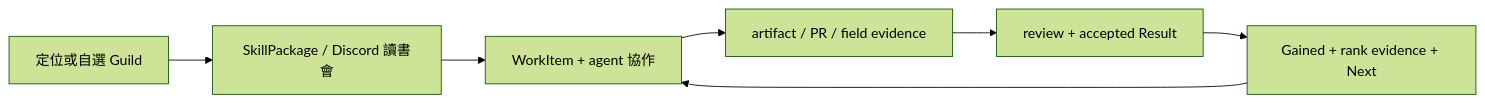
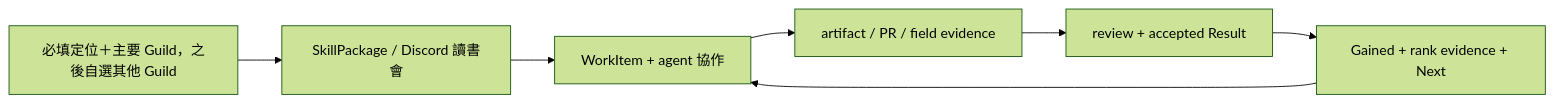
The first of 3 diagrams in docs/platform-plan/01-product-community-model.md (FreeTWAI-AI/freedom-platform), drawn with Mermaid (forest theme) before and after one commit. The commit also changed other lines of this file and 8 other files, not shown here.

````diff
--- a/docs/platform-plan/01-product-community-model.md
+++ b/docs/platform-plan/01-product-community-model.md
@@ -346,9 +350,9 @@
 ```mermaid
 flowchart LR
-  A[定位或自選 Guild] --> B[SkillPackage / Discord 讀書會]
+  A[必填定位＋主要 Guild，之後自選其他 Guild] --> B[SkillPackage / Discord 讀書會]
   B --> C[WorkItem + agent 協作]
   C --> D[artifact / PR / field evidence]
   D --> E[review + accepted Result]
   E --> F[Gained + rank evidence + Next]
   F --> C
 ```
````
